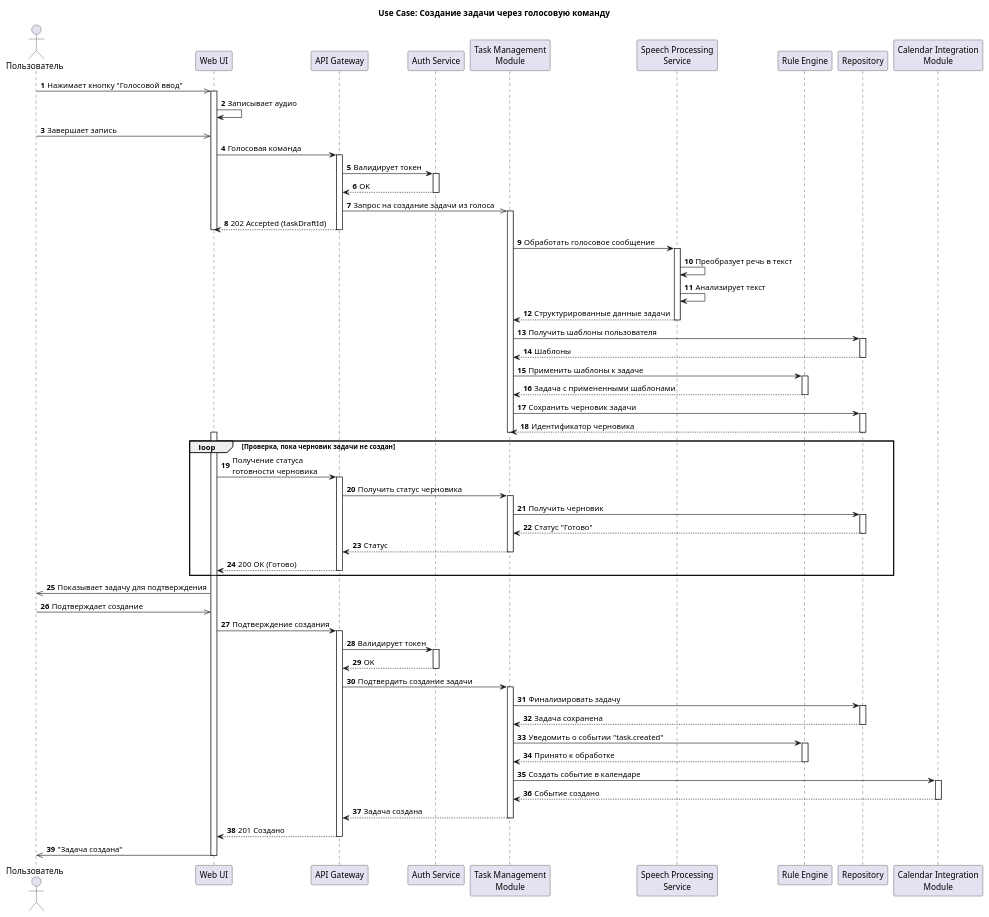
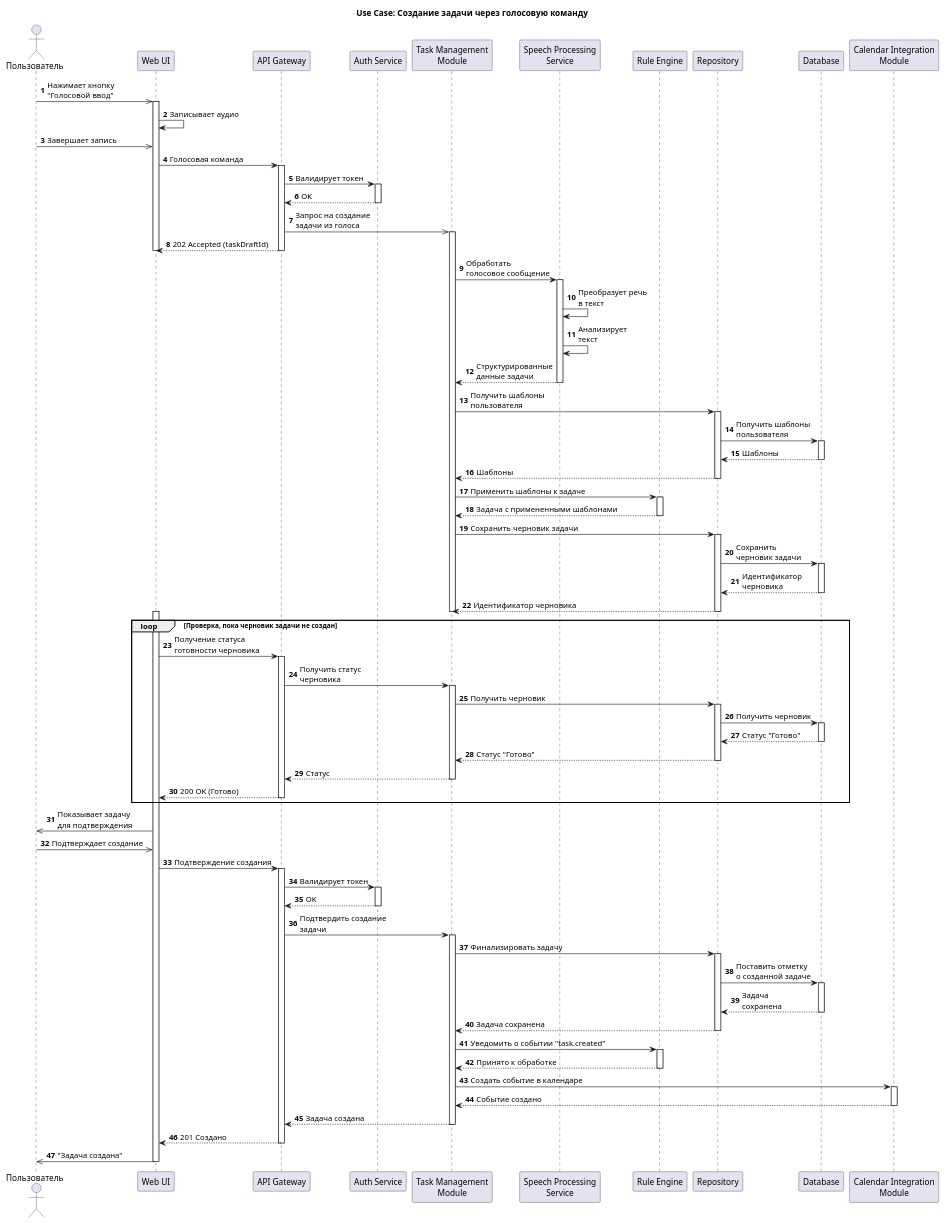
Before and after one commit to Krakv/vts-architecture: the diagram in Lab Work №3/docs/diagrams/task_creation.plantuml, drawn with PlantUML. The commit also changed 1 other file, not shown here.

Commit message:
docs: добавлена база данных в диаграмме последовательности

```diff
--- a/Lab Work №3/docs/diagrams/task_creation.plantuml
+++ b/Lab Work №3/docs/diagrams/task_creation.plantuml
@@ -1,120 +1,137 @@
 @startuml Создание задачи голосом
 
 title Use Case: Создание задачи через голосовую команду
 actor "Пользователь" as User
 participant "Web UI" as UI
 participant "API Gateway" as Gateway
 participant "Auth Service" as Auth
 participant "Task Management\nModule" as TaskMgr
 participant "Speech Processing\nService" as NLP
 participant "Rule Engine" as RuleEngine
-participant "Repository" as DB
+participant "Repository" as Repository
+participant "Database" as DB
 participant "Calendar Integration\nModule" as CalendarInt
 
 autonumber
 
-User ->> UI: Нажимает кнопку "Голосовой ввод"
+User ->> UI: Нажимает кнопку\n"Голосовой ввод"
 activate UI
 
 UI -> UI: Записывает аудио
 User ->> UI: Завершает запись
 UI -> Gateway: Голосовая команда
 activate Gateway
 
 Gateway -> Auth: Валидирует токен
 activate Auth
 Auth --> Gateway: OK
 deactivate Auth
 
-Gateway ->> TaskMgr: Запрос на создание задачи из голоса
+Gateway ->> TaskMgr: Запрос на создание\nзадачи из голоса
 activate TaskMgr
 
 Gateway --> UI: 202 Accepted (taskDraftId)
 deactivate UI
 deactivate Gateway
 
-TaskMgr -> NLP: Обработать голосовое сообщение
+TaskMgr -> NLP: Обработать\nголосовое сообщение
 activate NLP
-NLP -> NLP: Преобразует речь в текст
-NLP -> NLP: Анализирует текст
-NLP --> TaskMgr: Структурированные данные задачи
+NLP -> NLP: Преобразует речь\nв текст
+NLP -> NLP: Анализирует\nтекст
+NLP --> TaskMgr: Структурированные\nданные задачи
 deactivate NLP
 
-TaskMgr -> DB: Получить шаблоны пользователя
+TaskMgr -> Repository: Получить шаблоны\nпользователя
+activate Repository
+Repository -> DB: Получить шаблоны\nпользователя
 activate DB
-DB --> TaskMgr: Шаблоны
+DB --> Repository: Шаблоны
 deactivate DB
+Repository --> TaskMgr: Шаблоны
+deactivate Repository
 
 TaskMgr -> RuleEngine: Применить шаблоны к задаче
 activate RuleEngine
 RuleEngine --> TaskMgr: Задача с примененными шаблонами
 deactivate RuleEngine
 
-TaskMgr -> DB: Сохранить черновик задачи
+TaskMgr -> Repository: Сохранить черновик задачи
+activate Repository
+Repository -> DB: Сохранить\nчерновик задачи
 activate DB
-DB --> TaskMgr: Идентификатор черновика
+DB --> Repository: Идентификатор\nчерновика
 deactivate DB
+Repository --> TaskMgr: Идентификатор черновика
+deactivate Repository
 
 deactivate TaskMgr
 
 activate UI
 
 loop Проверка, пока черновик задачи не создан
     UI -> Gateway: Получение статуса\nготовности черновика
     activate Gateway
 
-    Gateway -> TaskMgr: Получить статус черновика
+    Gateway -> TaskMgr: Получить статус\nчерновика
     activate TaskMgr
 
-    TaskMgr -> DB: Получить черновик
+    TaskMgr -> Repository: Получить черновик
+    activate Repository
+    Repository -> DB: Получить черновик
     activate DB
-    DB --> TaskMgr: Статус "Готово"
+    DB --> Repository: Статус "Готово"
     deactivate DB
+    Repository --> TaskMgr: Статус "Готово"
+    deactivate Repository
     TaskMgr --> Gateway: Статус
     deactivate TaskMgr
 
     Gateway --> UI: 200 OK (Готово)
     deactivate Gateway
 end
 
 
 
-UI ->> User: Показывает задачу для подтверждения
+UI ->> User: Показывает задачу\nдля подтверждения
 User ->> UI: Подтверждает создание
 UI -> Gateway: Подтверждение создания 
 activate Gateway
 
 Gateway -> Auth: Валидирует токен
 activate Auth
 Auth --> Gateway: OK
 deactivate Auth
 
-Gateway -> TaskMgr: Подтвердить создание задачи
+Gateway -> TaskMgr: Подтвердить создание\nзадачи
 activate TaskMgr
 
-TaskMgr -> DB: Финализировать задачу
+TaskMgr -> Repository: Финализировать задачу
+activate Repository
+Repository -> DB: Поставить отметку\nо созданной задаче
 activate DB
-DB --> TaskMgr: Задача сохранена
+DB --> Repository: Задача\nсохранена
 deactivate DB
+Repository --> TaskMgr: Задача сохранена
+deactivate Repository
 
 TaskMgr -> RuleEngine: Уведомить о событии "task.created"
 activate RuleEngine
 RuleEngine --> TaskMgr: Принято к обработке
 deactivate RuleEngine
 
 TaskMgr -> CalendarInt: Создать событие в календаре
 activate CalendarInt
 CalendarInt --> TaskMgr: Событие создано
 deactivate CalendarInt
 
 TaskMgr --> Gateway: Задача создана
 deactivate TaskMgr
 
 Gateway --> UI: 201 Создано
 deactivate Gateway
 
 UI ->> User: "Задача создана"
 deactivate UI
 
 
 @enduml
```
